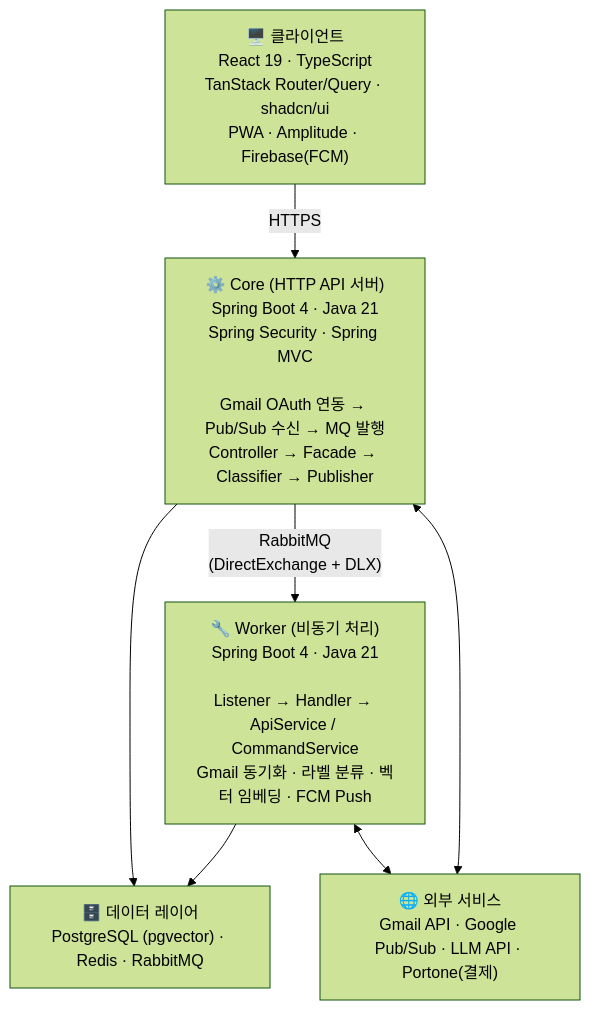
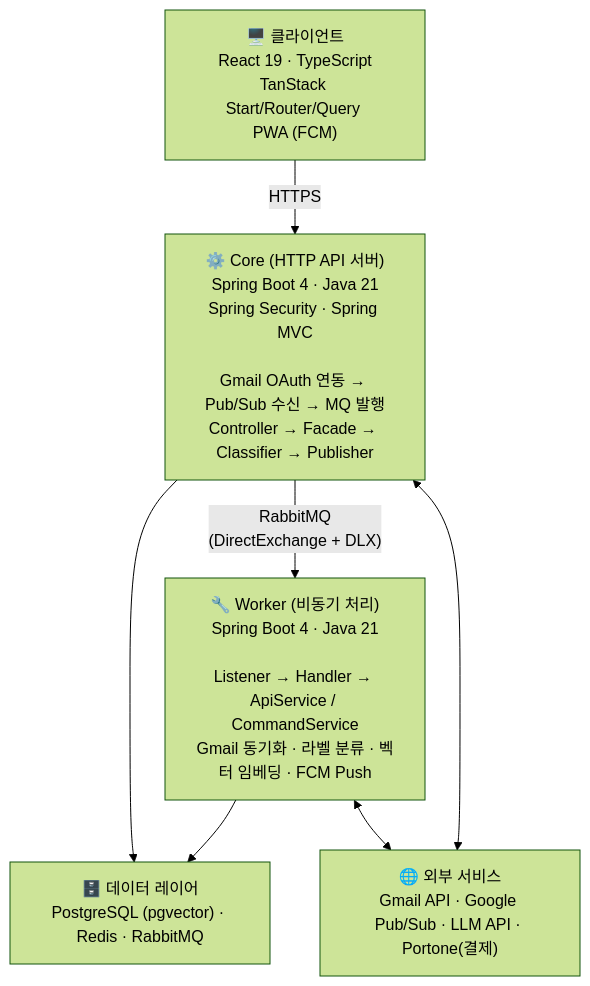
Before and after one commit to mailsangja/docs4capstone: the first of 3 diagrams in README.md, drawn with Mermaid (forest theme). The commit also changed other lines of this file, not shown here.

````diff
--- a/README.md
+++ b/README.md
@@ -176,19 +176,19 @@
 ```mermaid
 graph TD
-    Client["🖥️ 클라이언트\nReact 19 · TypeScript\nTanStack Router/Query · shadcn/ui\nPWA · Amplitude · Firebase(FCM)"]
+    Client["🖥️ 클라이언트\nReact 19 · TypeScript\nTanStack Start/Router/Query \nPWA (FCM)"]
 
     Core["⚙️ Core (HTTP API 서버)\nSpring Boot 4 · Java 21\nSpring Security · Spring MVC\n\nGmail OAuth 연동 → Pub/Sub 수신 → MQ 발행\nController → Facade → Classifier → Publisher"]
 
     Worker["🔧 Worker (비동기 처리)\nSpring Boot 4 · Java 21\n\nListener → Handler → ApiService / CommandService\nGmail 동기화 · 라벨 분류 · 벡터 임베딩 · FCM Push"]
 
     DB["🗄️ 데이터 레이어\nPostgreSQL (pgvector) · Redis · RabbitMQ"]
 
     External["🌐 외부 서비스\nGmail API · Google Pub/Sub · LLM API · Portone(결제)"]
 
     Client -- HTTPS --> Core
     Core -- "RabbitMQ\n(DirectExchange + DLX)" --> Worker
     Worker --> DB
     Core --> DB
     Core <--> External
     Worker <--> External
 ```
````
